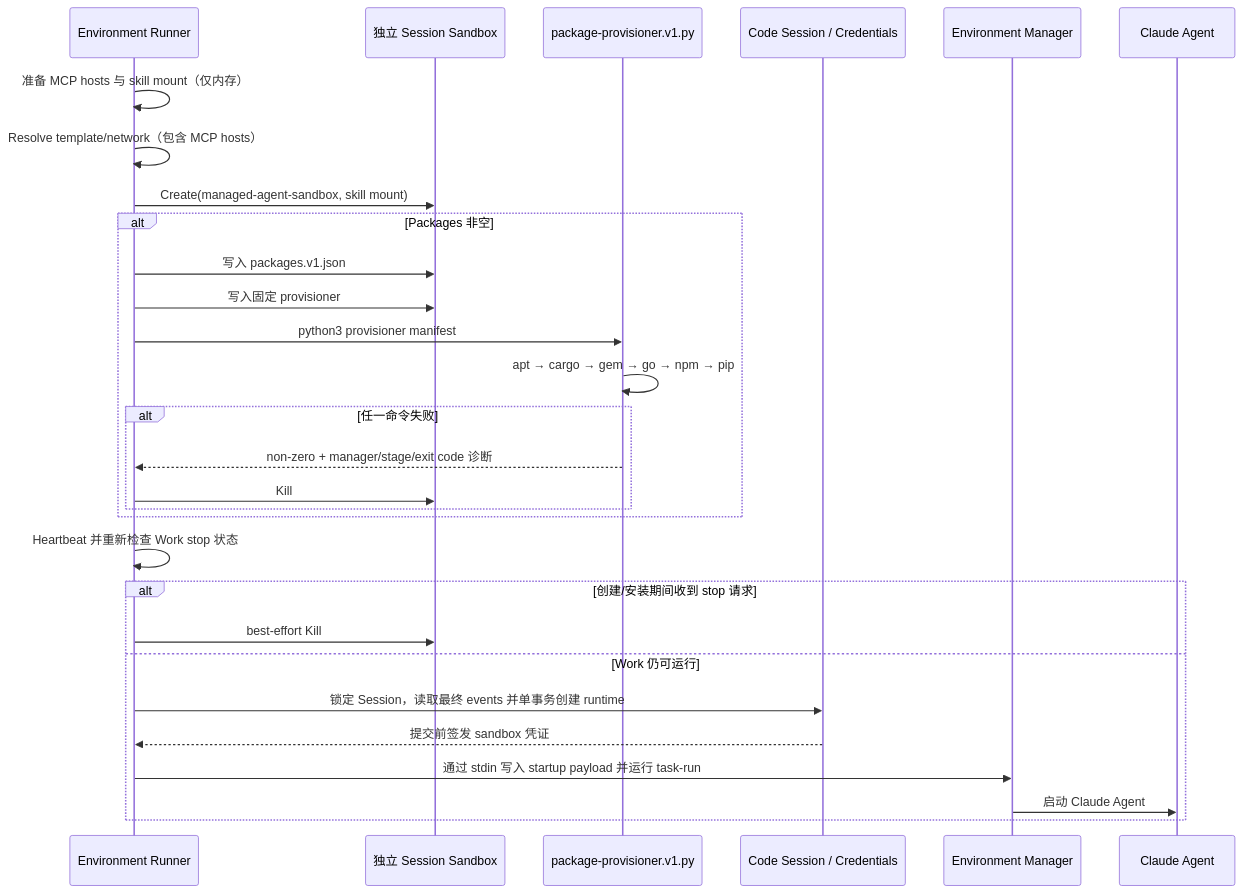
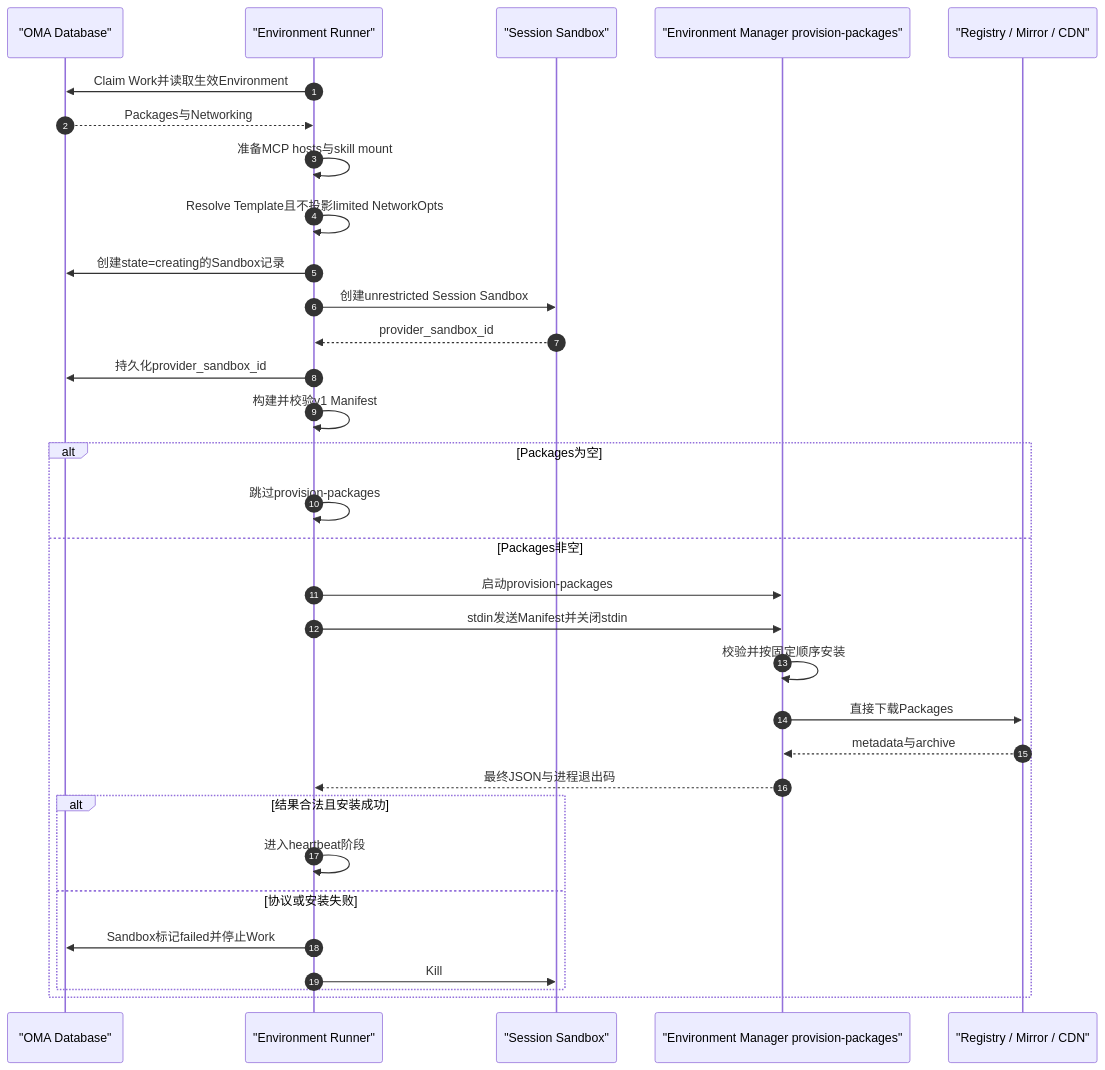
The second of 4 diagrams in docs/design/be/environment-package-provisioning.md (superduck-ai/open-managed-agents), drawn with Mermaid before and after one commit. The commit also changed other lines of this file and 9 other files, not shown here.

Commit message:
feat: provision environment packages through manager

````diff
--- a/docs/design/be/environment-package-provisioning.md
+++ b/docs/design/be/environment-package-provisioning.md
@@ -17,32 +137,36 @@
 ```mermaid
 sequenceDiagram
-    participant Runner as Environment Runner
-    participant E2B as 独立 Session Sandbox
-    participant Provisioner as package-provisioner.v1.py
-    participant CodeSession as Code Session / Credentials
-    participant Manager as Environment Manager
-    participant Agent as Claude Agent
+    autonumber
+    participant DB as "OMA Database"
+    participant Runner as "Environment Runner"
+    participant Sandbox as "Session Sandbox"
+    participant Manager as "Environment Manager provision-packages"
+    participant Registry as "Registry / Mirror / CDN"
 
-    Runner->>Runner: 准备 MCP hosts 与 skill mount（仅内存）
-    Runner->>Runner: Resolve template/network（包含 MCP hosts）
-    Runner->>E2B: Create(managed-agent-sandbox, skill mount)
-    alt Packages 非空
-        Runner->>E2B: 写入 packages.v1.json
-        Runner->>E2B: 写入固定 provisioner
-        Runner->>Provisioner: python3 provisioner manifest
-        Provisioner->>Provisioner: apt → cargo → gem → go → npm → pip
-        alt 任一命令失败
-            Provisioner-->>Runner: non-zero + manager/stage/exit code 诊断
-            Runner->>E2B: Kill
+    Runner->>DB: Claim Work并读取生效Environment
+    DB-->>Runner: Packages与Networking
+    Runner->>Runner: 准备MCP hosts与skill mount
+    Runner->>Runner: Resolve Template且不投影limited NetworkOpts
+    Runner->>DB: 创建state=creating的Sandbox记录
+    Runner->>Sandbox: 创建unrestricted Session Sandbox
+    Sandbox-->>Runner: provider_sandbox_id
+    Runner->>DB: 持久化provider_sandbox_id
+    Runner->>Runner: 构建并校验v1 Manifest
+
+    alt Packages为空
+        Runner->>Runner: 跳过provision-packages
+    else Packages非空
+        Runner->>Manager: 启动provision-packages
+        Runner->>Manager: stdin发送Manifest并关闭stdin
+        Manager->>Manager: 校验并按固定顺序安装
+        Manager->>Registry: 直接下载Packages
+        Registry-->>Manager: metadata与archive
+        Manager-->>Runner: 最终JSON与进程退出码
+        alt 结果合法且安装成功
+            Runner->>Runner: 进入heartbeat阶段
+        else 协议或安装失败
+            Runner->>DB: Sandbox标记failed并停止Work
+            Runner->>Sandbox: Kill
         end
     end
-    Runner->>Runner: Heartbeat 并重新检查 Work stop 状态
-    alt 创建/安装期间收到 stop 请求
-        Runner->>E2B: best-effort Kill
-    else Work 仍可运行
-        Runner->>CodeSession: 锁定 Session，读取最终 events 并单事务创建 runtime
-        CodeSession-->>Runner: 提交前签发 sandbox 凭证
-        Runner->>Manager: 通过 stdin 写入 startup payload 并运行 task-run
-        Manager->>Agent: 启动 Claude Agent
-    end
 ```
````
